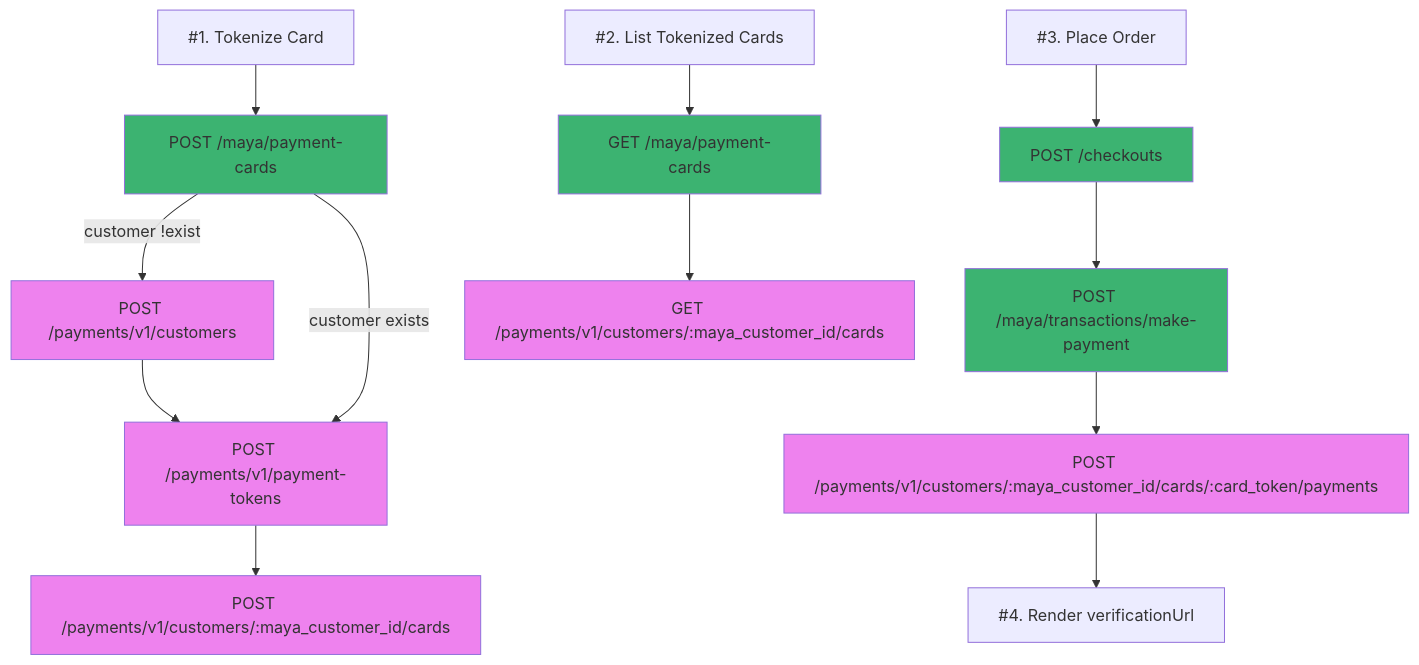
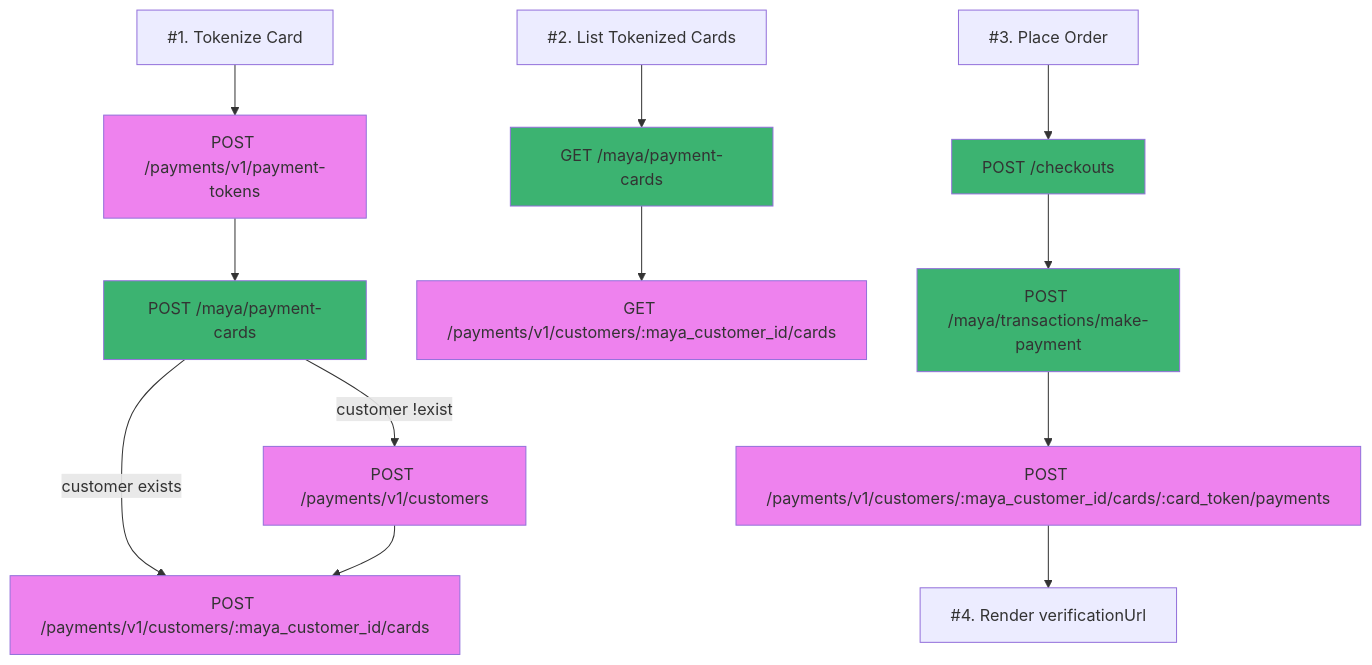
The diagram in propose-maya-payment-card-flow.md (israelcoper/mermaid-diagram), drawn with Mermaid before and after one commit.

````diff
--- a/propose-maya-payment-card-flow.md
+++ b/propose-maya-payment-card-flow.md
@@ -2,27 +2,27 @@
 ```mermaid
 ---
 title:
 ---
 flowchart TB;
-    style B fill:#3cb371
+    style B1 fill:#ee82ee
+    style B2 fill:#3cb371
     style F1 fill:#ee82ee
     style F2 fill:#ee82ee
-    style F3 fill:#ee82ee
     style Y fill:#3cb371
     style Z fill:#ee82ee
     style E fill:#3cb371
     style G fill:#3cb371
     style H fill:#ee82ee
-    A["#1. Tokenize Card"]-->B[POST /maya/payment-cards];
-    B-- customer !exist -->F1[POST /payments/v1/customers];
-    B-- customer exists -->F2[POST /payments/v1/payment-tokens];
+    A["#1. Tokenize Card"]-->B1[POST /payments/v1/payment-tokens];
+    B1-->B2[POST /maya/payment-cards];
+    B2-- customer !exist -->F1[POST /payments/v1/customers];
+    B2-- customer exists -->F2[POST /payments/v1/customers/:maya_customer_id/cards];
     F1-->F2;
-    F2-->F3[POST /payments/v1/customers/:maya_customer_id/cards];
     X["#2. List Tokenized Cards"]-->Y[GET /maya/payment-cards];
     Y-->Z[GET /payments/v1/customers/:maya_customer_id/cards];
     C["#3. Place Order"];
     C-->E[POST /checkouts];
     E-->G[POST /maya/transactions/make-payment];
     G-->H[POST /payments/v1/customers/:maya_customer_id/cards/:card_token/payments];
     H-->I["#4. Render verificationUrl"];
 ```
````
